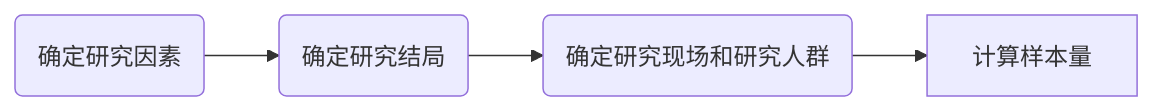
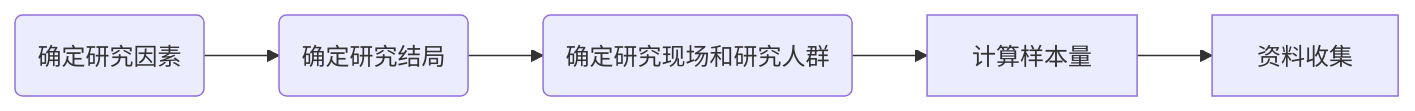
One commit to viket-vista/Notes changed the third of 3 diagrams in 大三下/流行病学.md. Above: the diagram before and after it, drawn with Mermaid. The commit also changed other lines of this file, not shown here.

````diff
--- a/大三下/流行病学.md
+++ b/大三下/流行病学.md
@@ -69,4 +69,4 @@
 ```mermaid
 graph LR
-A(确定研究因素) --> B(确定研究结局) --> C(确定研究现场和研究人群) --> 计算样本量
+A(确定研究因素) --> B(确定研究结局) --> C(确定研究现场和研究人群) --> 计算样本量 --> 资料收集
 ```
````
